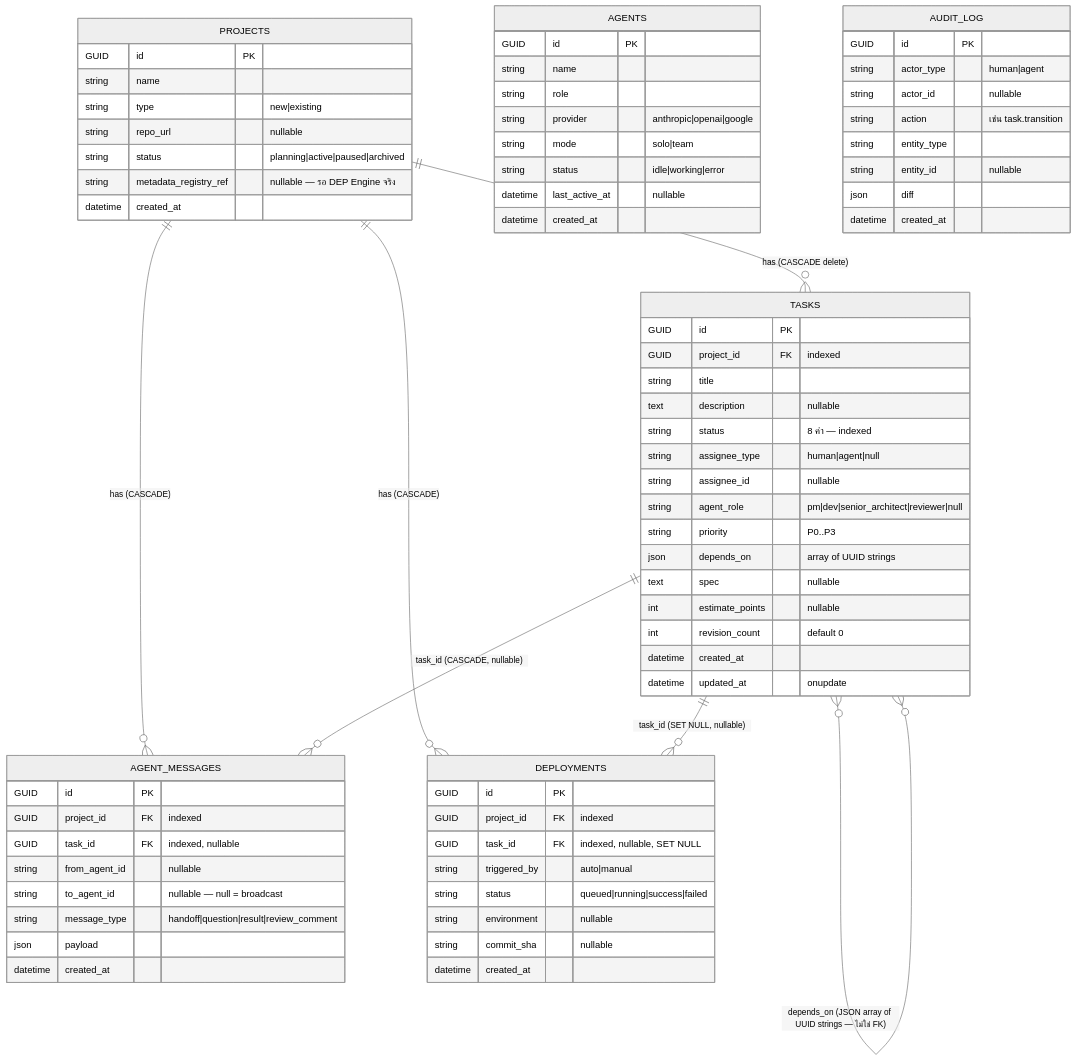
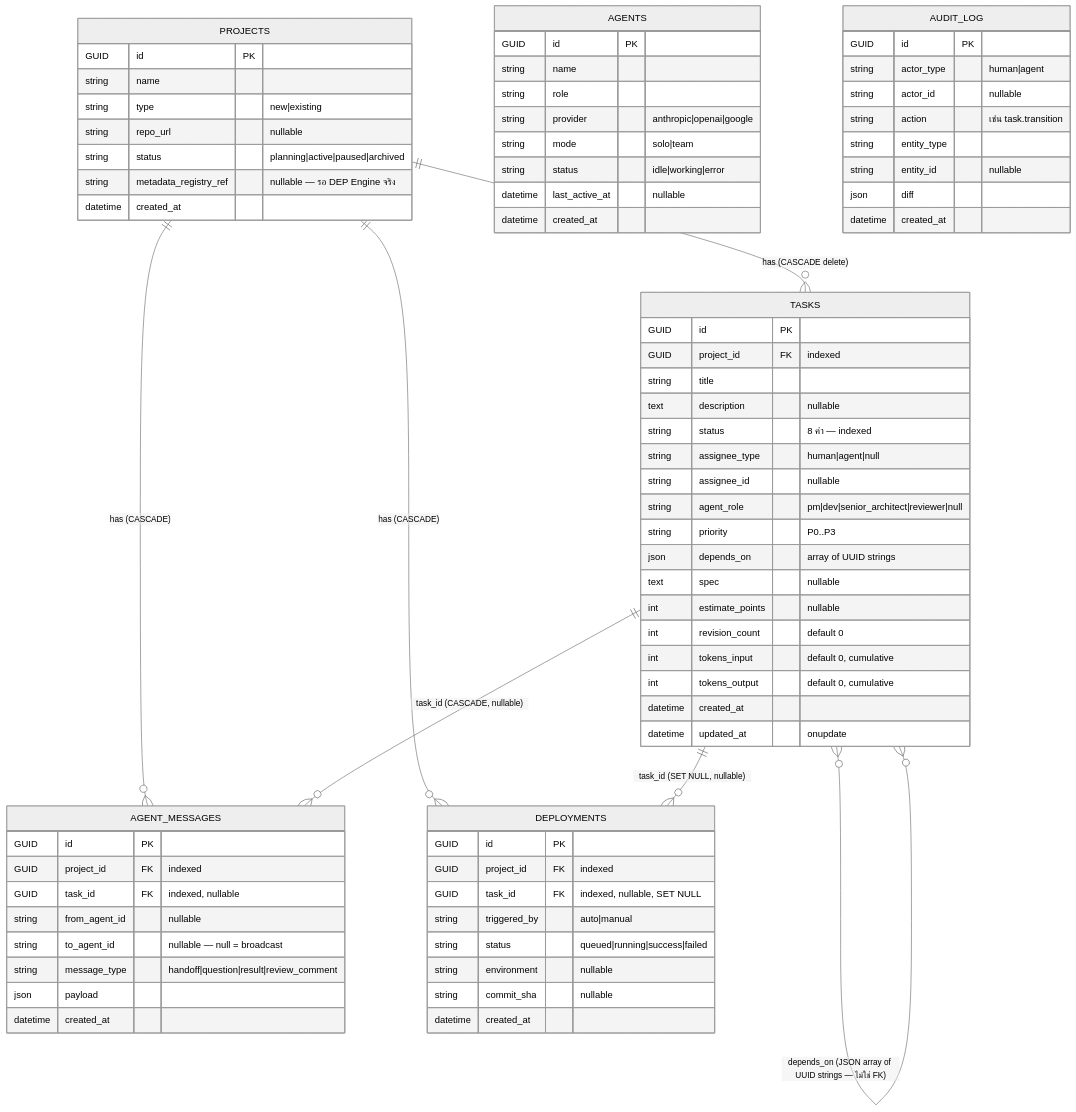
One commit to ohho2518/d_DEP-PM_Platform changed the diagram in docs/DATABASE.md. Above: the diagram before and after it, drawn with Mermaid (neutral theme). The commit also changed other lines of this file and 41 other files, not shown here.

````diff
--- a/docs/DATABASE.md
+++ b/docs/DATABASE.md
@@ -12,76 +12,78 @@
 ```mermaid
 erDiagram
     PROJECTS ||--o{ TASKS : "has (CASCADE delete)"
     PROJECTS ||--o{ AGENT_MESSAGES : "has (CASCADE)"
     PROJECTS ||--o{ DEPLOYMENTS : "has (CASCADE)"
     TASKS ||--o{ AGENT_MESSAGES : "task_id (CASCADE, nullable)"
     TASKS ||--o{ DEPLOYMENTS : "task_id (SET NULL, nullable)"
     TASKS }o--o{ TASKS : "depends_on (JSON array of UUID strings — ไม่ใช่ FK)"
 
     PROJECTS {
         GUID id PK
         string name
         string type "new|existing"
         string repo_url "nullable"
         string status "planning|active|paused|archived"
         string metadata_registry_ref "nullable — รอ DEP Engine จริง"
         datetime created_at
     }
     TASKS {
         GUID id PK
         GUID project_id FK "indexed"
         string title
         text description "nullable"
         string status "8 ค่า — indexed"
         string assignee_type "human|agent|null"
         string assignee_id "nullable"
         string agent_role "pm|dev|senior_architect|reviewer|null"
         string priority "P0..P3"
         json depends_on "array of UUID strings"
         text spec "nullable"
         int estimate_points "nullable"
         int revision_count "default 0"
+        int tokens_input "default 0, cumulative"
+        int tokens_output "default 0, cumulative"
         datetime created_at
         datetime updated_at "onupdate"
     }
     AGENTS {
         GUID id PK
         string name
         string role
         string provider "anthropic|openai|google"
         string mode "solo|team"
         string status "idle|working|error"
         datetime last_active_at "nullable"
         datetime created_at
     }
     AGENT_MESSAGES {
         GUID id PK
         GUID project_id FK "indexed"
         GUID task_id FK "indexed, nullable"
         string from_agent_id "nullable"
         string to_agent_id "nullable — null = broadcast"
         string message_type "handoff|question|result|review_comment"
         json payload
         datetime created_at
     }
     DEPLOYMENTS {
         GUID id PK
         GUID project_id FK "indexed"
         GUID task_id FK "indexed, nullable, SET NULL"
         string triggered_by "auto|manual"
         string status "queued|running|success|failed"
         string environment "nullable"
         string commit_sha "nullable"
         datetime created_at
     }
     AUDIT_LOG {
         GUID id PK
         string actor_type "human|agent"
         string actor_id "nullable"
         string action "เช่น task.transition"
         string entity_type
         string entity_id "nullable"
         json diff
         datetime created_at
     }
 ```
````
